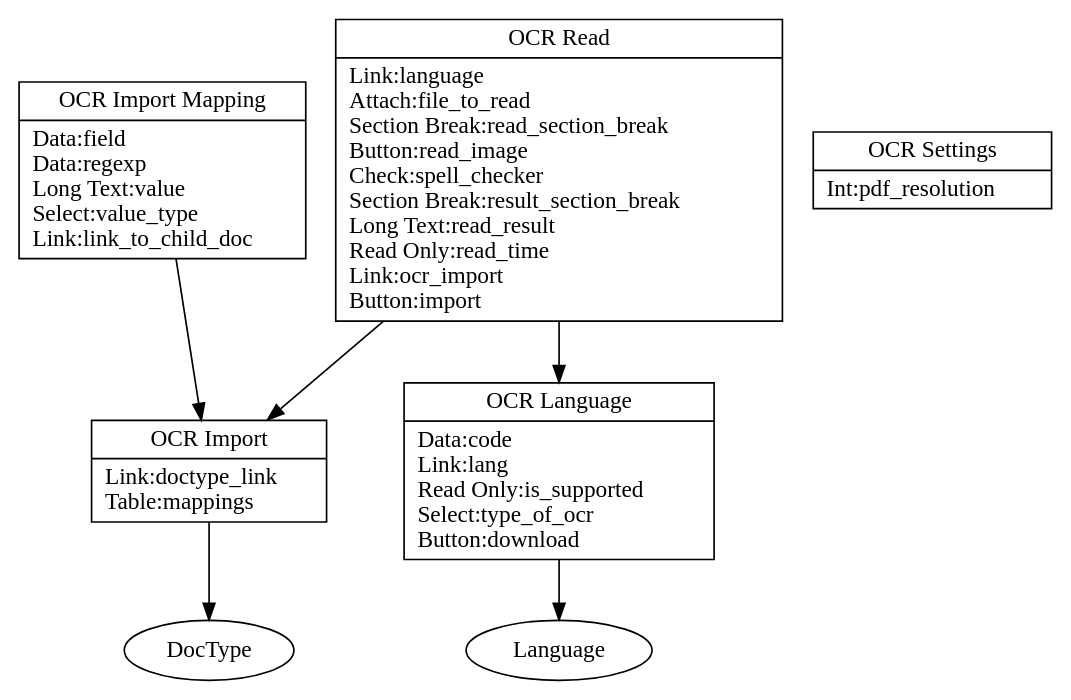
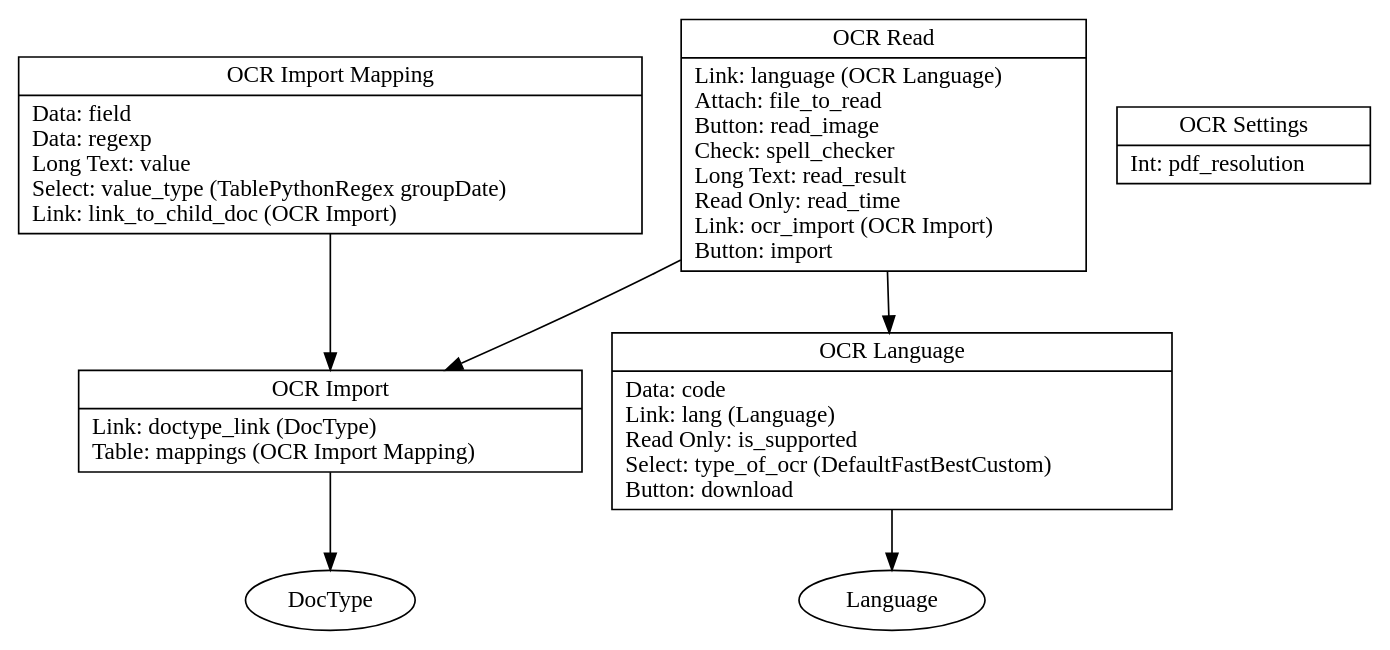
Before and after one commit to Monogramm/recod_frappe_devtools: the diagram in recod_frappe_devtools/commands/file.gv, drawn with Graphviz. The commit also changed 2 other files, not shown here.

Commit message:
:lipstick: Specify doctype option

```diff
--- a/recod_frappe_devtools/commands/file.gv
+++ b/recod_frappe_devtools/commands/file.gv
@@ -1,13 +1,19 @@
 // Doctype UML
 digraph {
-	"OCR Import Mapping" [label="{OCR Import Mapping|Data:field\lData:regexp\lLong Text:value\lSelect:value_type\lLink:link_to_child_doc\l}" shape=record]
+	"OCR Import Mapping" [label="{OCR Import Mapping|Data: field \lData: regexp \lLong Text: value \lSelect: value_type (Table
+Python
+Regex group
+Date)\lLink: link_to_child_doc (OCR Import)\l}" shape=record]
 	"OCR Import Mapping" -> "OCR Import"
-	"OCR Settings" [label="{OCR Settings|Int:pdf_resolution\l}" shape=record]
-	"OCR Import" [label="{OCR Import|Link:doctype_link\lTable:mappings\l}" shape=record]
+	"OCR Settings" [label="{OCR Settings|Int: pdf_resolution \l}" shape=record]
+	"OCR Import" [label="{OCR Import|Link: doctype_link (DocType)\lTable: mappings (OCR Import Mapping)\l}" shape=record]
 	"OCR Import" -> DocType
-	"OCR Read" [label="{OCR Read|Link:language\lAttach:file_to_read\lSection Break:read_section_break\lButton:read_image\lCheck:spell_checker\lSection Break:result_section_break\lLong Text:read_result\lRead Only:read_time\lLink:ocr_import\lButton:import\l}" shape=record]
+	"OCR Read" [label="{OCR Read|Link: language (OCR Language)\lAttach: file_to_read \lButton: read_image \lCheck: spell_checker \lLong Text: read_result \lRead Only: read_time \lLink: ocr_import (OCR Import)\lButton: import \l}" shape=record]
 	"OCR Read" -> "OCR Language"
 	"OCR Read" -> "OCR Import"
-	"OCR Language" [label="{OCR Language|Data:code\lLink:lang\lRead Only:is_supported\lSelect:type_of_ocr\lButton:download\l}" shape=record]
+	"OCR Language" [label="{OCR Language|Data: code \lLink: lang (Language)\lRead Only: is_supported \lSelect: type_of_ocr (Default
+Fast
+Best
+Custom)\lButton: download \l}" shape=record]
 	"OCR Language" -> Language
 }
```
